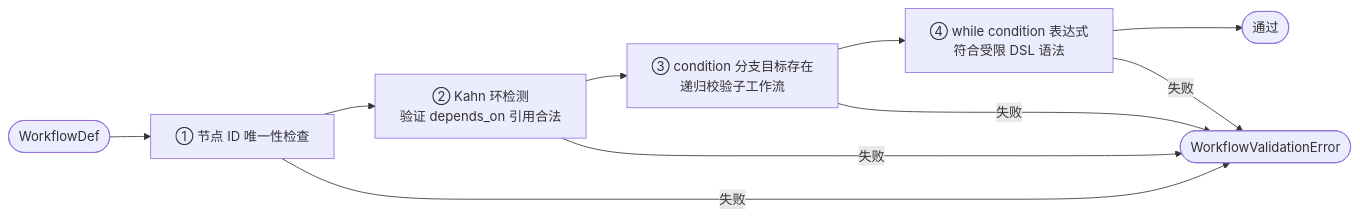
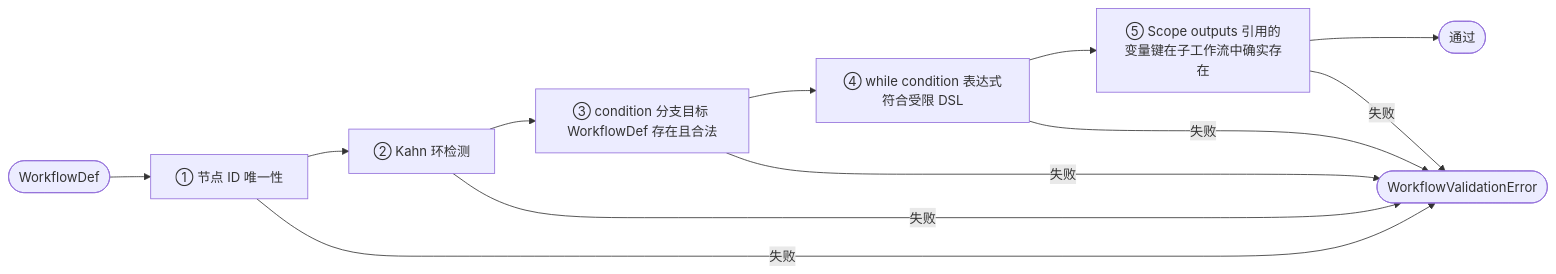
Before and after one commit to jianjian2048/okflow: the sixth of 7 diagrams in document/dag-engine-design.md, drawn with Mermaid. The commit also changed other lines of this file and 2 other files, not shown here.

First line of the commit message:
引入 Scope/ScopeGroup 架构设计，重构控制流节点机制

````diff
--- a/document/dag-engine-design.md
+++ b/document/dag-engine-design.md
@@ -448,13 +521,15 @@
 ```mermaid
 flowchart LR
-    WF([WorkflowDef]) --> C1["① 节点 ID 唯一性检查"]
-    C1 --> C2["② Kahn 环检测\n验证 depends_on 引用合法"]
-    C2 --> C3["③ condition 分支目标存在\n递归校验子工作流"]
-    C3 --> C4["④ while condition 表达式\n符合受限 DSL 语法"]
-    C4 --> OK([通过])
+    WF([WorkflowDef]) --> C1["① 节点 ID 唯一性"]
+    C1 --> C2["② Kahn 环检测"]
+    C2 --> C3["③ condition 分支目标 WorkflowDef 存在且合法"]
+    C3 --> C4["④ while condition 表达式符合受限 DSL"]
+    C4 --> C5["⑤ Scope outputs 引用的变量键在子工作流中确实存在"]
+    C5 --> OK([通过])
 
     C1 -- 失败 --> ERR([WorkflowValidationError])
     C2 -- 失败 --> ERR
     C3 -- 失败 --> ERR
     C4 -- 失败 --> ERR
+    C5 -- 失败 --> ERR
 ```
````
